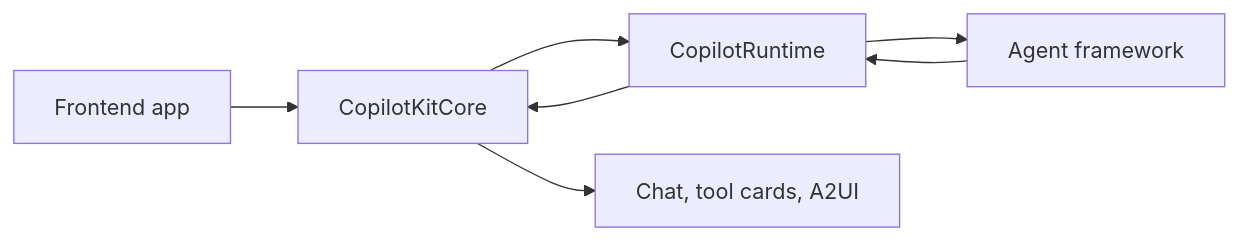
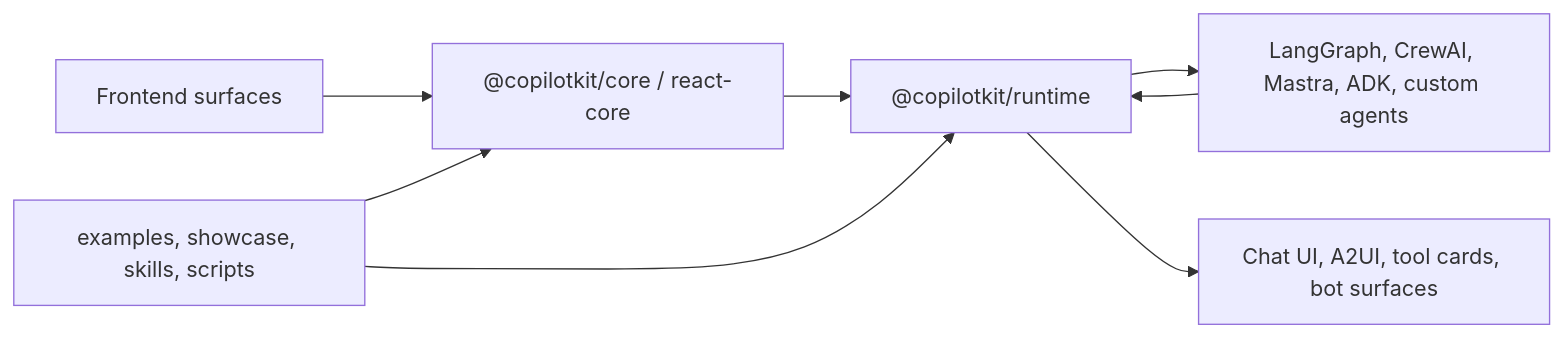
Before and after one commit to nfbs2000/speaky-CopilotKit: the diagram in site/docs/index.md, drawn with Mermaid. The commit also changed other lines of this file and 1 other file, not shown here.

Commit message:
docs(pages): describe CopilotKit repository structure

````diff
--- a/site/docs/index.md
+++ b/site/docs/index.md
@@ -22,9 +16,10 @@
 ```mermaid
 flowchart LR
-  App["Frontend app"] --> Core["CopilotKitCore"]
-  Core --> Runtime["CopilotRuntime"]
-  Runtime --> Agent["Agent framework"]
+  App["Frontend surfaces"] --> Core["@copilotkit/core / react-core"]
+  Core --> Runtime["@copilotkit/runtime"]
+  Runtime --> Agent["LangGraph, CrewAI, Mastra, ADK, custom agents"]
   Agent --> Runtime
-  Runtime --> Core
-  Core --> UI["Chat, tool cards, A2UI"]
+  Runtime --> UI["Chat UI, A2UI, tool cards, bot surfaces"]
+  Repo["examples, showcase, skills, scripts"] --> Core
+  Repo --> Runtime
 ```
````
